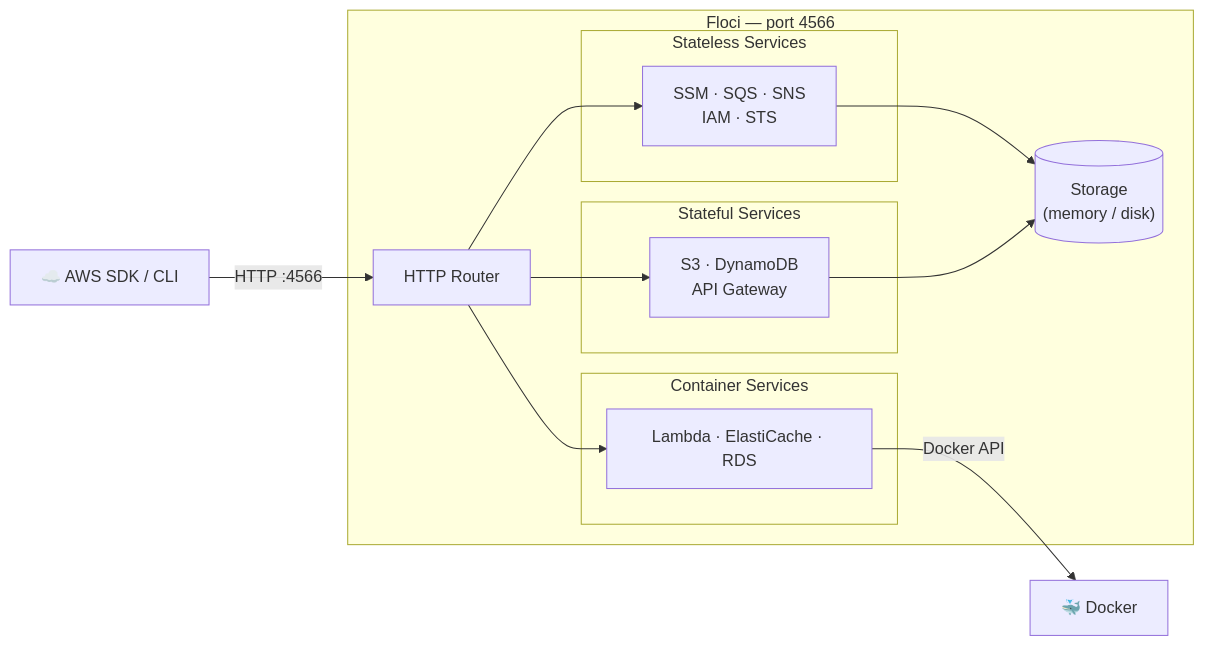
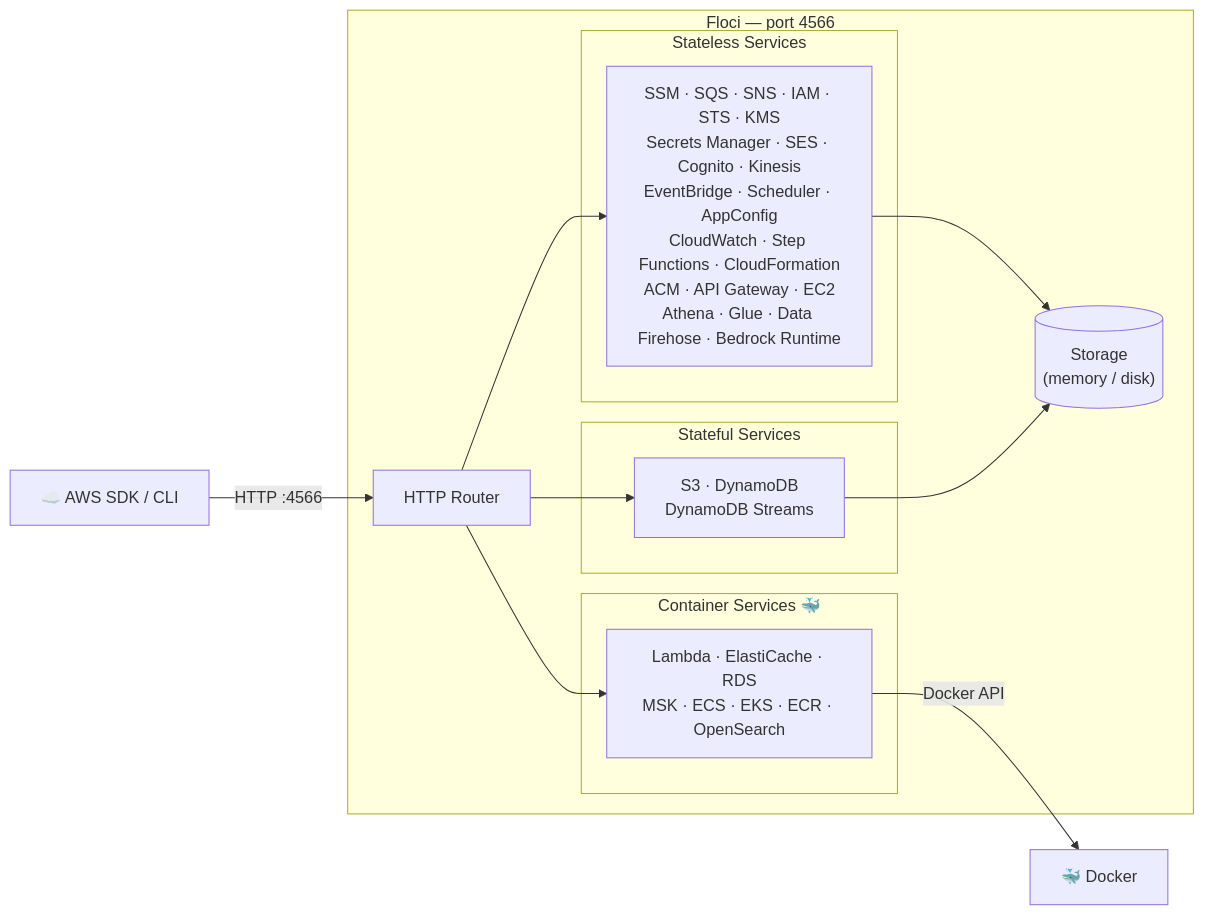
Before and after one commit to hectorvent/hectorvent.github.io: the first of 5 diagrams in content/posts/introducing-floci.md, drawn with Mermaid. The commit also changed other lines of this file and 2 other files, not shown here.

````diff
--- a/content/posts/introducing-floci.md
+++ b/content/posts/introducing-floci.md
@@ -54,30 +54,30 @@
 ```mermaid
 flowchart LR
     Client["☁️ AWS SDK / CLI"]
 
     subgraph Floci ["Floci — port 4566"]
         Router["HTTP Router"]
 
         subgraph Stateless ["Stateless Services"]
-            A["SSM · SQS · SNS<br/>IAM · STS"]
+            A["SSM · SQS · SNS · IAM · STS · KMS<br/>Secrets Manager · SES · Cognito · Kinesis<br/>EventBridge · Scheduler · AppConfig<br/>CloudWatch · Step Functions · CloudFormation<br/>ACM · API Gateway · EC2<br/>Athena · Glue · Data Firehose · Bedrock Runtime"]
         end
 
         subgraph Persistent ["Stateful Services"]
-            B["S3 · DynamoDB<br/>API Gateway"]
+            B["S3 · DynamoDB<br/>DynamoDB Streams"]
         end
 
-        subgraph Container ["Container Services"]
-            C["Lambda · ElastiCache · RDS"]
+        subgraph Container ["Container Services  🐳"]
+            C["Lambda · ElastiCache · RDS<br/>MSK · ECS · EKS · ECR · OpenSearch"]
         end
 
         Router --> A
         Router --> B
         Router --> C
         A & B --> Store[("Storage<br/>(memory / disk)")]
     end
 
     Docker["🐳 Docker"]
 
     Client -->|"HTTP :4566"| Router
     C -->|"Docker API"| Docker
 ```
````
